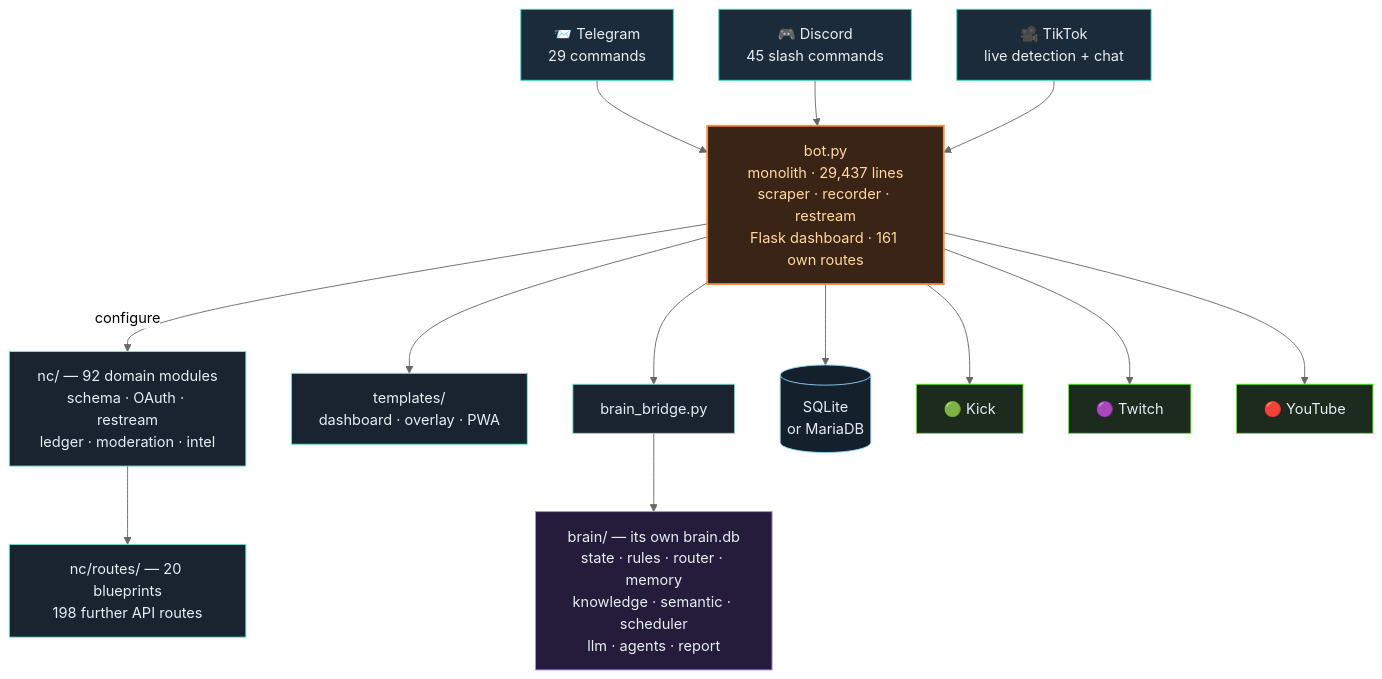
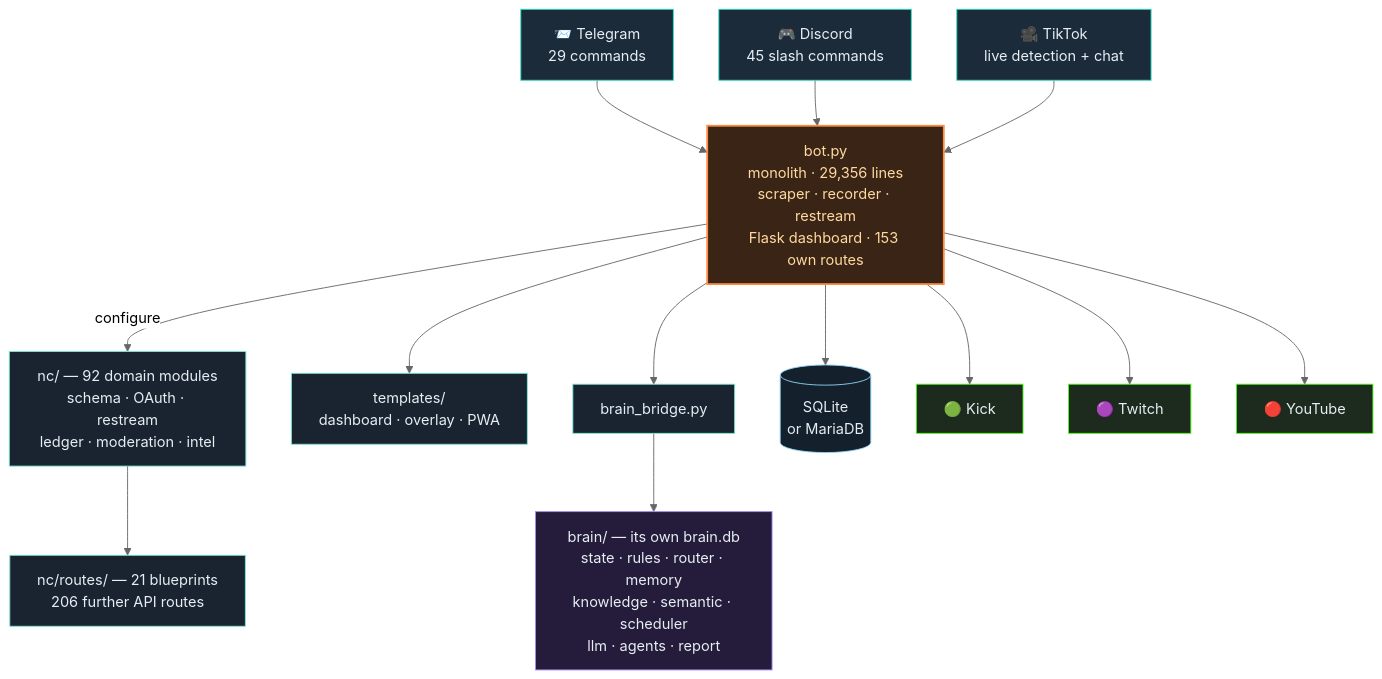
The third of 4 diagrams in README.en.md (itsamemedev/Telegram-Stream-Info-Bot), drawn with Mermaid (neutral theme) before and after one commit. The commit also changed other lines of this file and 23 other files, not shown here.

````diff
--- a/README.en.md
+++ b/README.en.md
@@ -190,30 +190,30 @@
 ```mermaid
 flowchart TB
     TG["📨 Telegram<br/>29 commands"]:::ein
     DC["🎮 Discord<br/>45 slash commands"]:::ein
     TT["🎥 TikTok<br/>live detection + chat"]:::ein
 
     TG --> BOT
     DC --> BOT
     TT --> BOT
 
-    BOT["bot.py<br/>monolith · 29,437 lines<br/>scraper · recorder · restream<br/>Flask dashboard · 161 own routes"]:::core
+    BOT["bot.py<br/>monolith · 29,356 lines<br/>scraper · recorder · restream<br/>Flask dashboard · 153 own routes"]:::core
 
     BOT -->|configure| NC["nc/ — 92 domain modules<br/>schema · OAuth · restream<br/>ledger · moderation · intel"]:::lib
-    NC --> RT["nc/routes/ — 20 blueprints<br/>198 further API routes"]:::lib
+    NC --> RT["nc/routes/ — 21 blueprints<br/>206 further API routes"]:::lib
     BOT --> TPL["templates/<br/>dashboard · overlay · PWA"]:::lib
     BOT --> BR["brain_bridge.py"]:::lib
     BR --> BRAIN["brain/ — its own brain.db<br/>state · rules · router · memory<br/>knowledge · semantic · scheduler<br/>llm · agents · report"]:::brain
     BOT --> DB[("SQLite<br/>or MariaDB")]:::db
 
     BOT --> KICK["🟢 Kick"]:::out
     BOT --> TW["🟣 Twitch"]:::out
     BOT --> YT["🔴 YouTube"]:::out
 
     classDef ein fill:#1c2b3a,stroke:#2de1c2,color:#e6edf3
     classDef core fill:#3a2415,stroke:#ff8c42,stroke-width:2px,color:#ffd9a0
     classDef lib fill:#1a2430,stroke:#7fe7d4,color:#e6edf3
     classDef brain fill:#241c3a,stroke:#a78bfa,color:#e6edf3
     classDef db fill:#14202c,stroke:#8fd3f4,color:#e6edf3
     classDef out fill:#1c2b1e,stroke:#53fc18,color:#e6edf3
 ```
````
